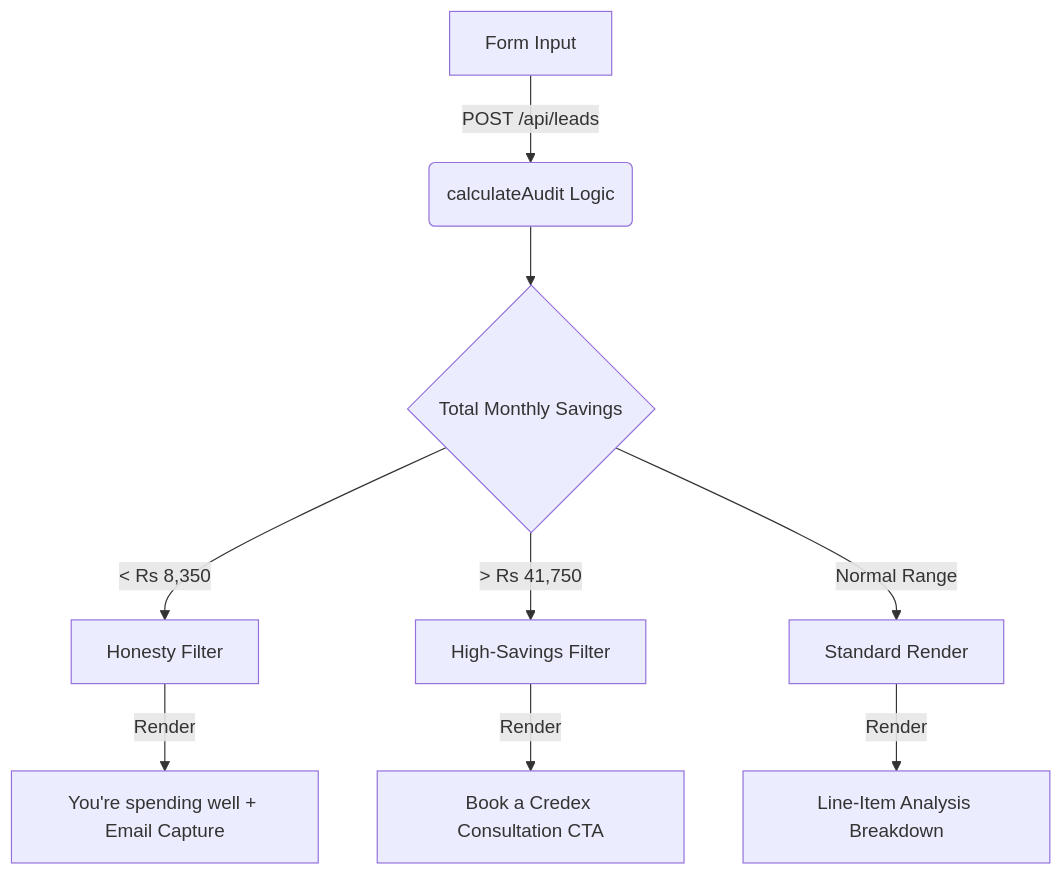
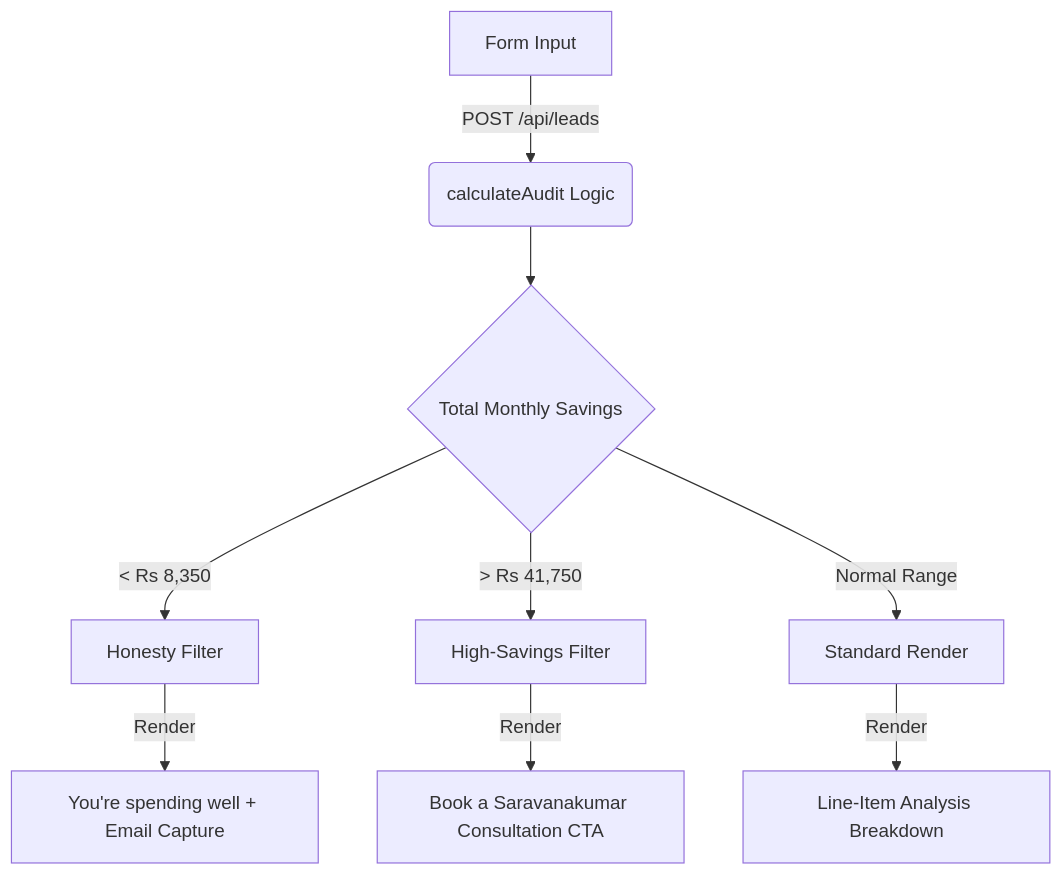
Before and after one commit to Saravanakumar-v-dev/Ai_Spend_Audit: the third of 4 diagrams in ARCHITECTURE.md, drawn with Mermaid. The commit also changed 49 other files, not shown here.

````diff
--- a/ARCHITECTURE.md
+++ b/ARCHITECTURE.md
@@ -150,11 +150,11 @@
 ```mermaid
 graph TD
     A[Form Input] -->|POST /api/leads| B(calculateAudit Logic)
     B --> C{Total Monthly Savings}
     C -->|< Rs 8,350| D[Honesty Filter]
     D -->|Render| E["You're spending well" + Email Capture]
     C -->|> Rs 41,750| F[High-Savings Filter]
-    F -->|Render| G["Book a Credex Consultation" CTA]
+    F -->|Render| G["Book a Saravanakumar Consultation" CTA]
     C -->|Normal Range| H[Standard Render]
     H -->|Render| I[Line-Item Analysis Breakdown]
 ```
````
